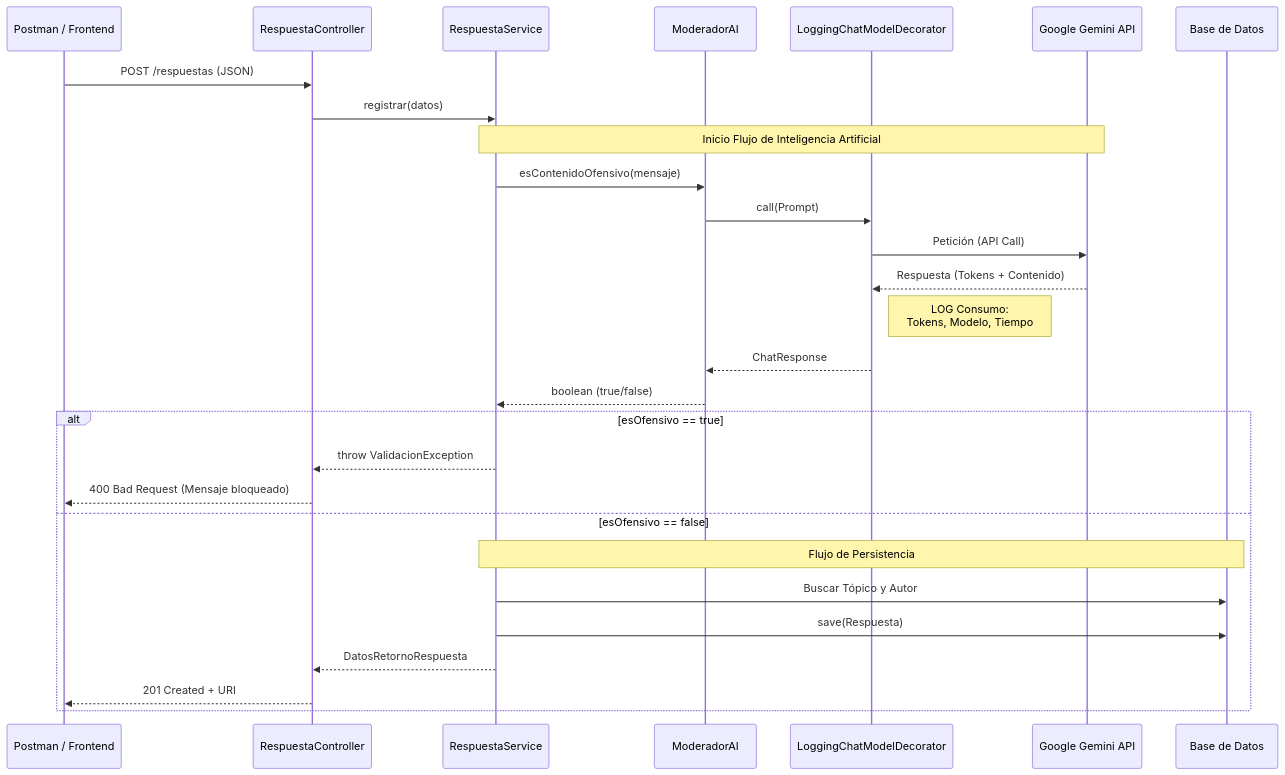
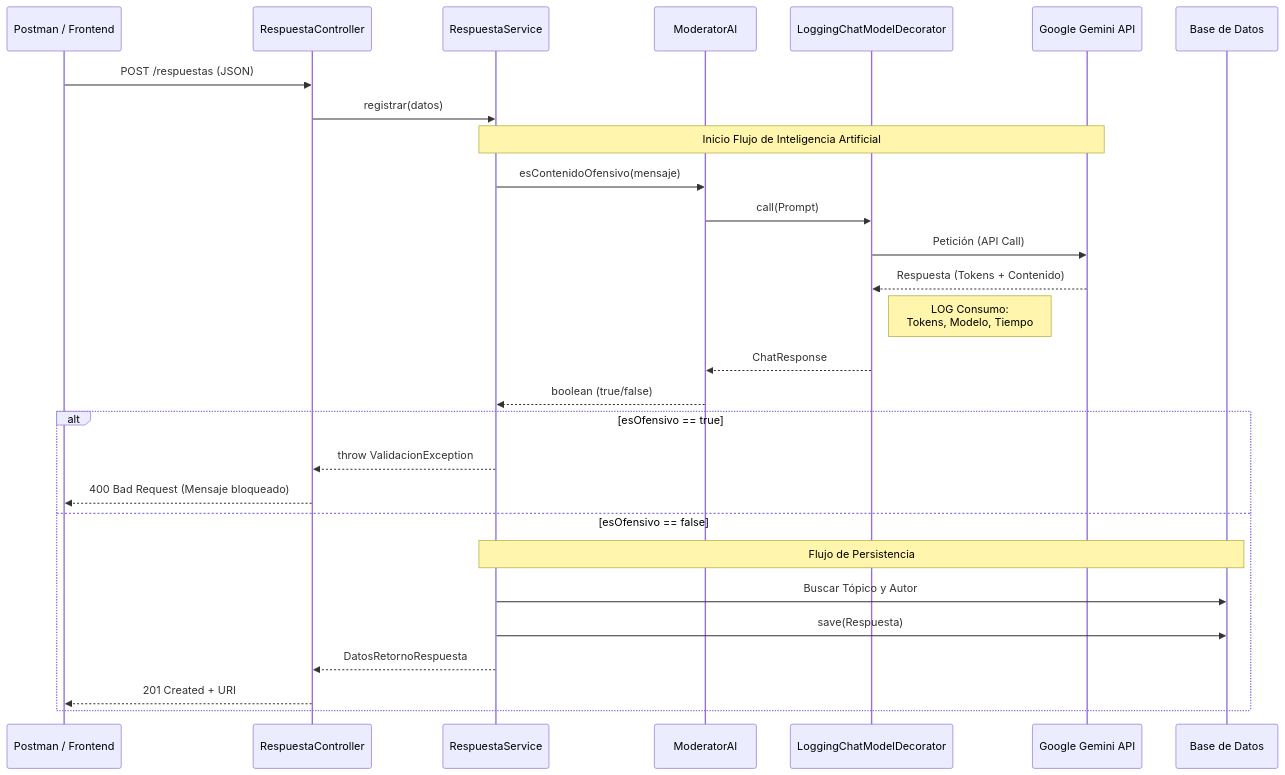
Before and after one commit to cris959/foro-hub: the seventh of 8 diagrams in README.md, drawn with Mermaid. The commit also changed other lines of this file and 13 other files, not shown here.

````diff
--- a/README.md
+++ b/README.md
@@ -446,36 +446,36 @@
 ```mermaid
 sequenceDiagram
     participant Cliente as Postman / Frontend
     participant Controller as RespuestaController
     participant Service as RespuestaService
-    participant Moderador as ModeradorAI
+    participant Moderador as ModeratorAI
     participant Decorator as LoggingChatModelDecorator
     participant Gemini as Google Gemini API
     participant DB as Base de Datos
 
     Cliente->>Controller: POST /respuestas (JSON)
     Controller->>Service: registrar(datos)
     
     Note over Service, Gemini: Inicio Flujo de Inteligencia Artificial
     
     Service->>Moderador: esContenidoOfensivo(mensaje)
     Moderador->>Decorator: call(Prompt)
     Decorator->>Gemini: Petición (API Call)
     Gemini-->>Decorator: Respuesta (Tokens + Contenido)
     
     Note right of Decorator: LOG Consumo: <br/>Tokens, Modelo, Tiempo
     
     Decorator-->>Moderador: ChatResponse
     Moderador-->>Service: boolean (true/false)
 
     alt esOfensivo == true
         Service-->>Controller: throw ValidacionException
         Controller-->>Cliente: 400 Bad Request (Mensaje bloqueado)
     else esOfensivo == false
         Note over Service, DB: Flujo de Persistencia
         Service->>DB: Buscar Tópico y Autor
         Service->>DB: save(Respuesta)
         Service-->>Controller: DatosRetornoRespuesta
         Controller-->>Cliente: 201 Created + URI
     end
 ```
````
